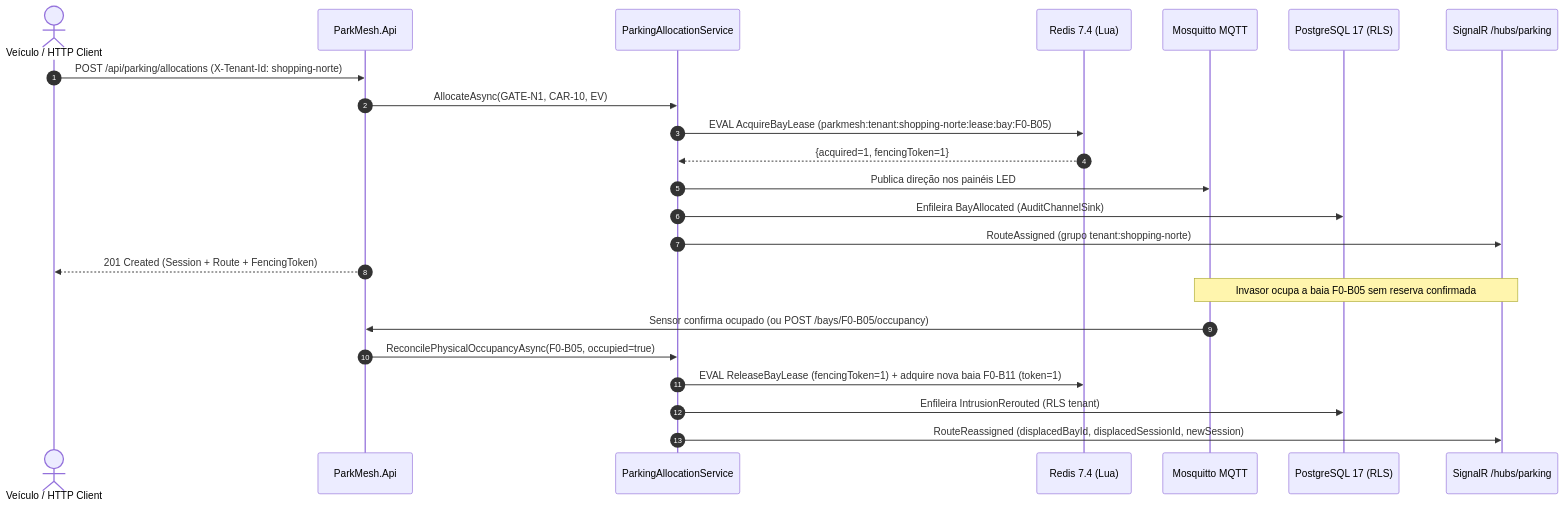
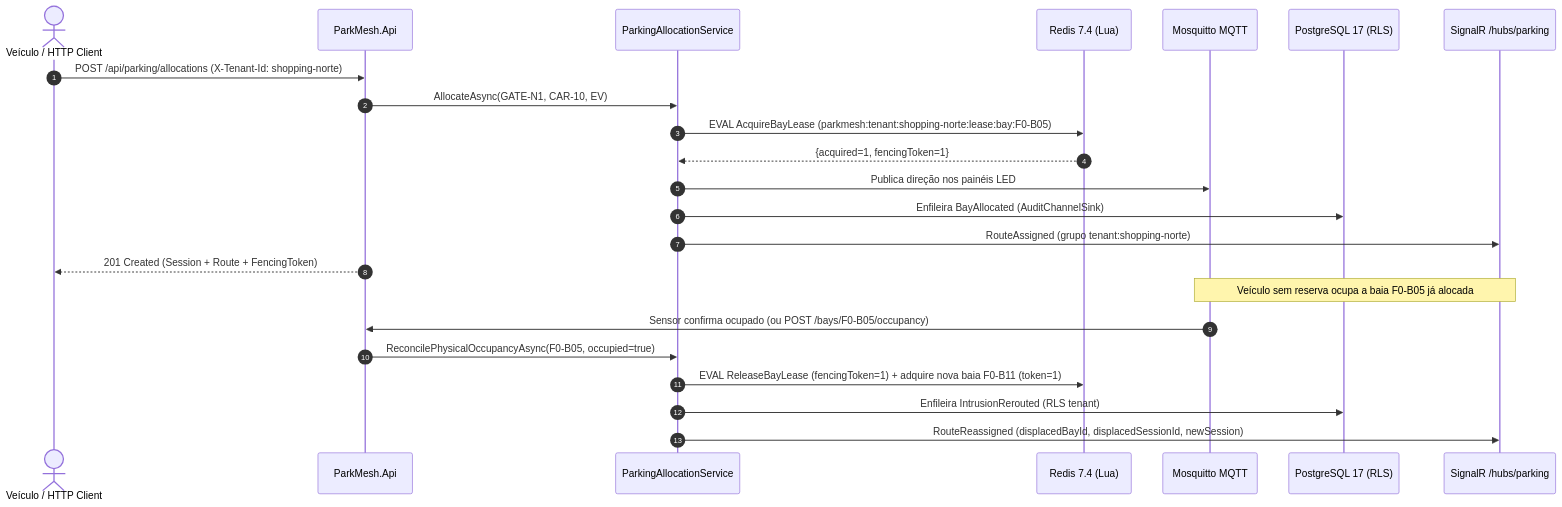
The seventh of 8 diagrams in README.md (DevYuriVieira/parkmesh), drawn with Mermaid before and after one commit. The commit also changed other lines of this file, not shown here.

````diff
--- a/README.md
+++ b/README.md
@@ -1249,27 +1249,27 @@
 ```mermaid
 sequenceDiagram
     autonumber
     actor Driver as Veículo / HTTP Client
     participant API as ParkMesh.Api
     participant Alloc as ParkingAllocationService
     participant Redis as Redis 7.4 (Lua)
     participant Broker as Mosquitto MQTT
     participant PG as PostgreSQL 17 (RLS)
     participant Hub as SignalR /hubs/parking
 
     Driver->>API: POST /api/parking/allocations (X-Tenant-Id: shopping-norte)
     API->>Alloc: AllocateAsync(GATE-N1, CAR-10, EV)
     Alloc->>Redis: EVAL AcquireBayLease (parkmesh:tenant:shopping-norte:lease:bay:F0-B05)
     Redis-->>Alloc: {acquired=1, fencingToken=1}
     Alloc->>Broker: Publica direção nos painéis LED
     Alloc->>PG: Enfileira BayAllocated (AuditChannelSink)
     Alloc->>Hub: RouteAssigned (grupo tenant:shopping-norte)
     API-->>Driver: 201 Created (Session + Route + FencingToken)
 
-    Note over Broker,Hub: Invasor ocupa a baia F0-B05 sem reserva confirmada
+    Note over Broker,Hub: Veículo sem reserva ocupa a baia F0-B05 já alocada
     Broker->>API: Sensor confirma ocupado (ou POST /bays/F0-B05/occupancy)
     API->>Alloc: ReconcilePhysicalOccupancyAsync(F0-B05, occupied=true)
     Alloc->>Redis: EVAL ReleaseBayLease (fencingToken=1) + adquire nova baia F0-B11 (token=1)
     Alloc->>PG: Enfileira IntrusionRerouted (RLS tenant)
     Alloc->>Hub: RouteReassigned (displacedBayId, displacedSessionId, newSession)
 ```
````
